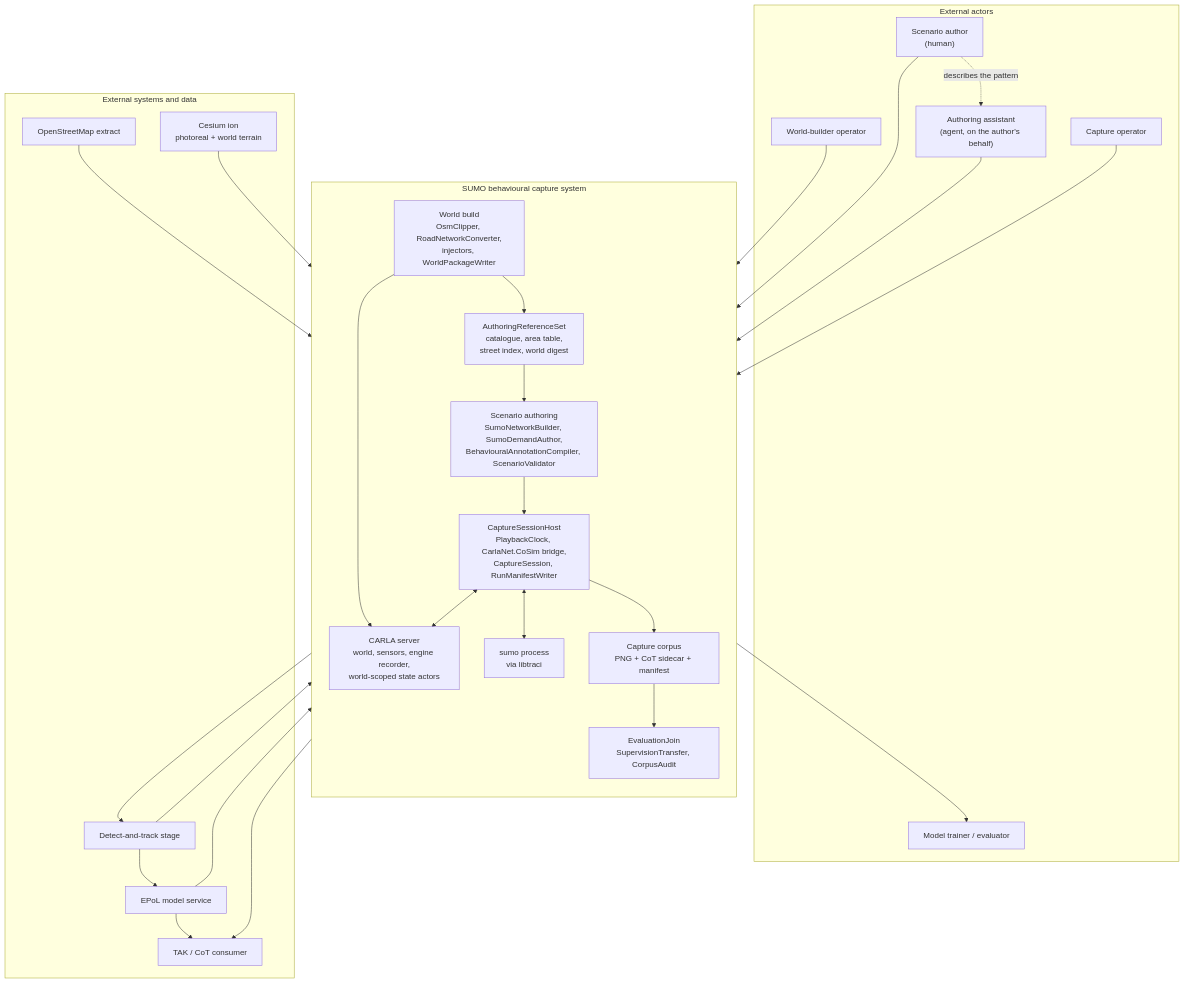
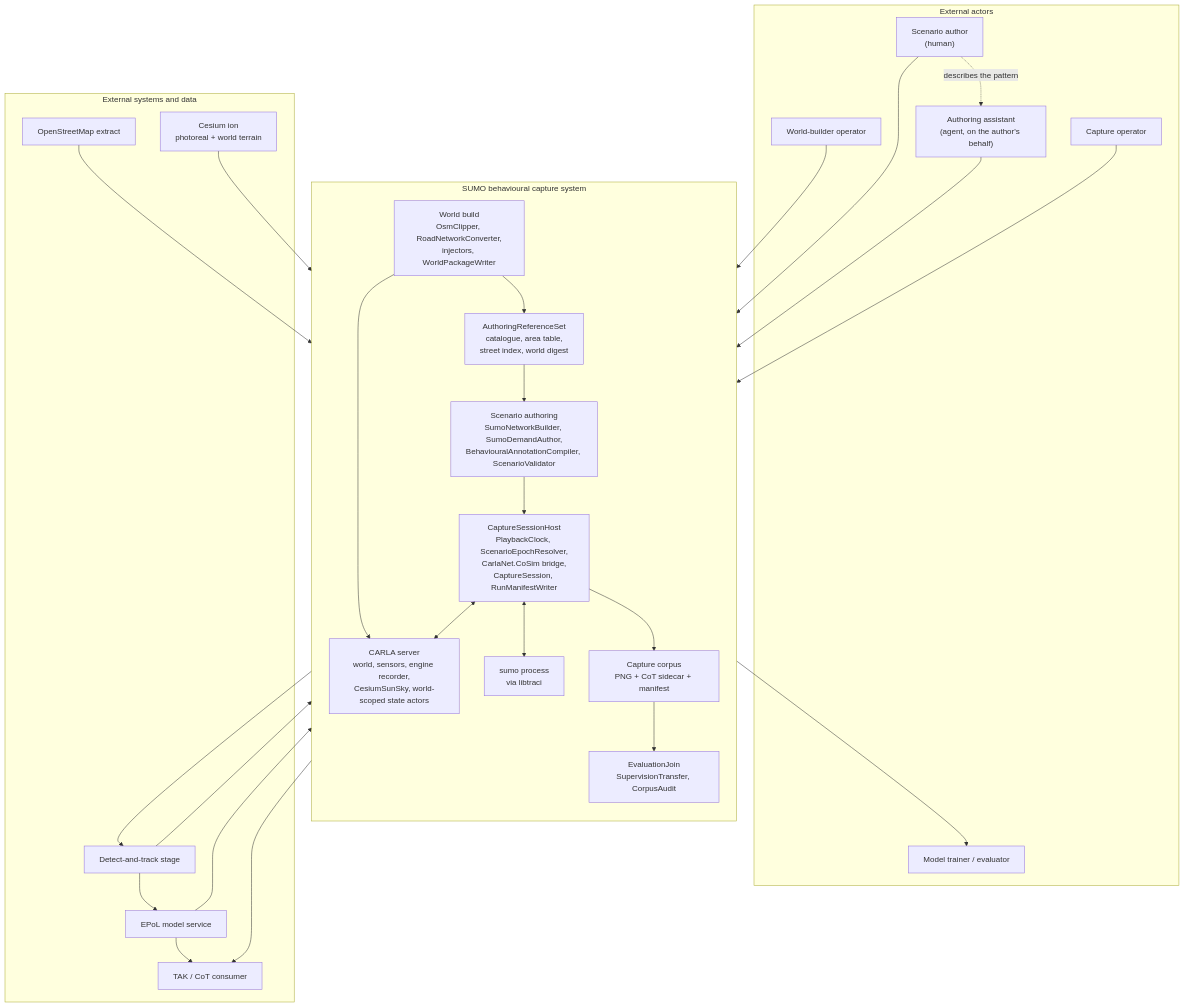
Before and after one commit to sbrett9/carla: the first of 8 diagrams in Docs/CAT_Research/Plans/SUMO_Behavioral_Capture/01_Architecture.md, drawn with Mermaid. The commit also changed other lines of this file and 15 other files, not shown here.

````diff
--- a/Docs/CAT_Research/Plans/SUMO_Behavioral_Capture/01_Architecture.md
+++ b/Docs/CAT_Research/Plans/SUMO_Behavioral_Capture/01_Architecture.md
@@ -43,53 +59,53 @@
 ```mermaid
 flowchart TB
     subgraph actors["External actors"]
         AUTH["Scenario author<br/>(human)"]
         ASSIST["Authoring assistant<br/>(agent, on the author's behalf)"]
         WOP["World-builder operator"]
         COP["Capture operator"]
         EVAL["Model trainer / evaluator"]
     end
 
     subgraph ext["External systems and data"]
         OSM["OpenStreetMap extract"]
         ION["Cesium ion<br/>photoreal + world terrain"]
         TAK["TAK / CoT consumer"]
         EPOL["EPoL model service"]
         DAT["Detect-and-track stage"]
     end
 
     subgraph sys["SUMO behavioural capture system"]
         direction TB
         WB["World build<br/>OsmClipper, RoadNetworkConverter,<br/>injectors, WorldPackageWriter"]
         AR["AuthoringReferenceSet<br/>catalogue, area table,<br/>street index, world digest"]
         SA["Scenario authoring<br/>SumoNetworkBuilder, SumoDemandAuthor,<br/>BehaviouralAnnotationCompiler, ScenarioValidator"]
-        CS["CaptureSessionHost<br/>PlaybackClock, CarlaNet.CoSim bridge,<br/>CaptureSession, RunManifestWriter"]
+        CS["CaptureSessionHost<br/>PlaybackClock, ScenarioEpochResolver,<br/>CarlaNet.CoSim bridge,<br/>CaptureSession, RunManifestWriter"]
         SUMO["sumo process<br/>via libtraci"]
-        SRV["CARLA server<br/>world, sensors, engine recorder,<br/>world-scoped state actors"]
+        SRV["CARLA server<br/>world, sensors, engine recorder,<br/>CesiumSunSky, world-scoped state actors"]
         CORP["Capture corpus<br/>PNG + CoT sidecar + manifest"]
         EJ["EvaluationJoin<br/>SupervisionTransfer, CorpusAudit"]
     end
 
     OSM --> WB
     ION --> WB
     WOP --> WB
     WB --> AR
     WB --> SRV
     AR --> SA
     AUTH --> SA
     ASSIST --> SA
     AUTH -. "describes the pattern" .-> ASSIST
     SA --> CS
     COP --> CS
     CS <--> SUMO
     CS <--> SRV
     CS --> CORP
     CS --> TAK
     CORP --> DAT
     DAT --> EPOL
     DAT --> EJ
     CORP --> EJ
     EPOL --> EJ
     EJ --> EVAL
     EPOL --> TAK
 ```
````
